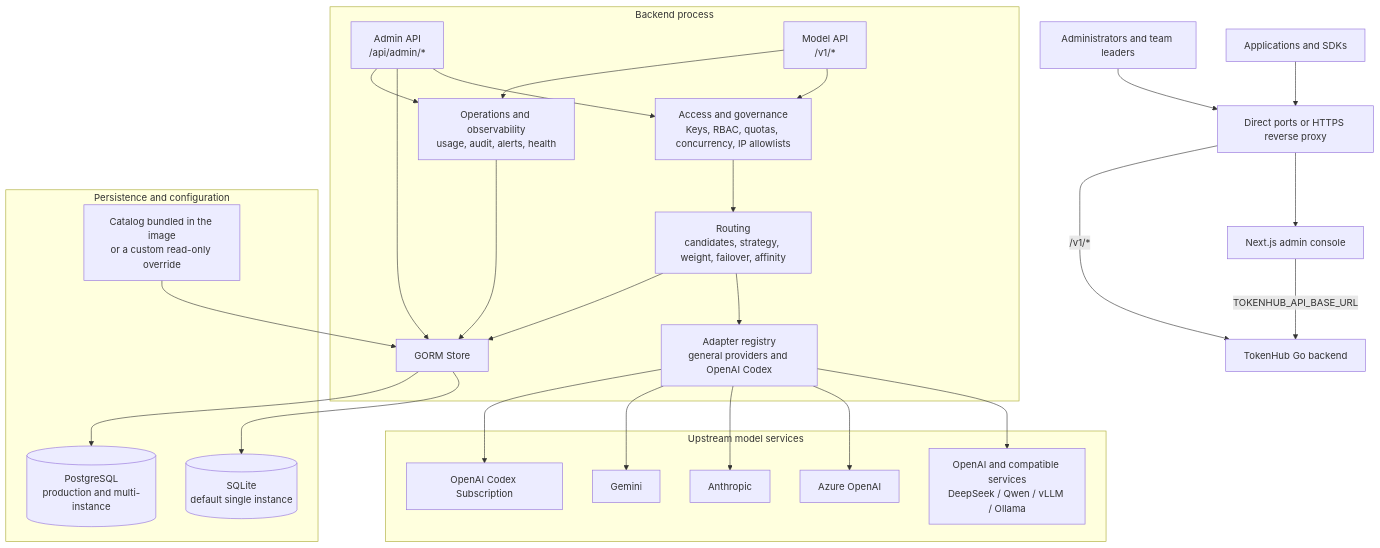
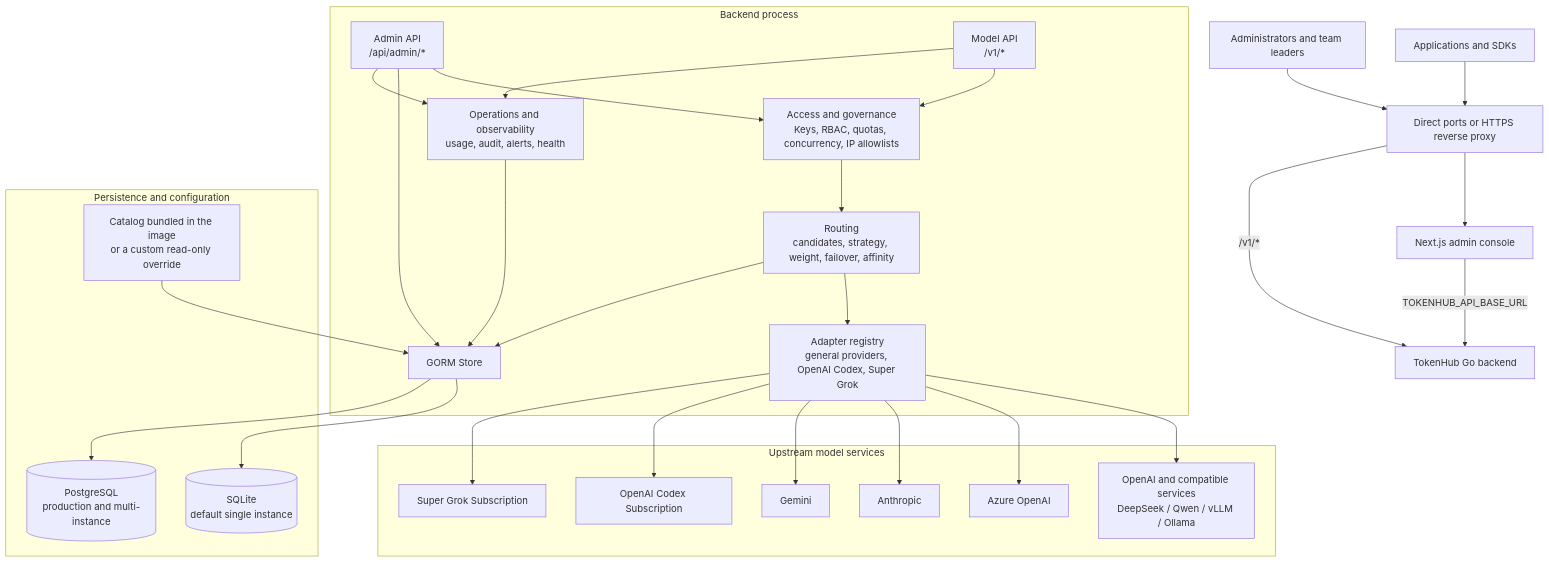
Before and after one commit to astaxie/TokenHub: the first of 3 diagrams in docs/architecture.md, drawn with Mermaid. The commit also changed other lines of this file and 49 other files, not shown here.

First line of the commit message:
feat: add Super Grok subscription provider

````diff
--- a/docs/architecture.md
+++ b/docs/architecture.md
@@ -11,51 +11,53 @@
 ```mermaid
 flowchart TB
     admin["Administrators and team leaders"]
     app["Applications and SDKs"]
     ingress["Direct ports or HTTPS reverse proxy"]
     frontend["Next.js admin console"]
     backend["TokenHub Go backend"]
 
     subgraph backendProcess["Backend process"]
         adminApi["Admin API\n/api/admin/*"]
         modelApi["Model API\n/v1/*"]
         governance["Access and governance\nKeys, RBAC, quotas, concurrency, IP allowlists"]
         routing["Routing\ncandidates, strategy, weight, failover, affinity"]
-        adapters["Adapter registry\ngeneral providers and OpenAI Codex"]
+        adapters["Adapter registry\ngeneral providers, OpenAI Codex, Super Grok"]
         operations["Operations and observability\nusage, audit, alerts, health"]
         store["GORM Store"]
 
         adminApi --> governance
         adminApi --> store
         modelApi --> governance --> routing --> adapters
         modelApi --> operations --> store
         adminApi --> operations
         routing --> store
     end
 
     subgraph persistence["Persistence and configuration"]
         sqlite[("SQLite\ndefault single instance")]
         postgres[("PostgreSQL\nproduction and multi-instance")]
         catalog["Catalog bundled in the image\nor a custom read-only override"]
     end
 
     subgraph upstream["Upstream model services"]
         compatible["OpenAI and compatible services\nDeepSeek / Qwen / vLLM / Ollama"]
         azure["Azure OpenAI"]
         anthropic["Anthropic"]
         gemini["Gemini"]
         codex["OpenAI Codex Subscription"]
+        grok["Super Grok Subscription"]
     end
 
     admin --> ingress --> frontend
     frontend -->|"TOKENHUB_API_BASE_URL"| backend
     app --> ingress -->|"/v1/*"| backend
     adapters --> compatible
     adapters --> azure
     adapters --> anthropic
     adapters --> gemini
     adapters --> codex
+    adapters --> grok
     store --> sqlite
     store --> postgres
     catalog --> store
 ```
````
